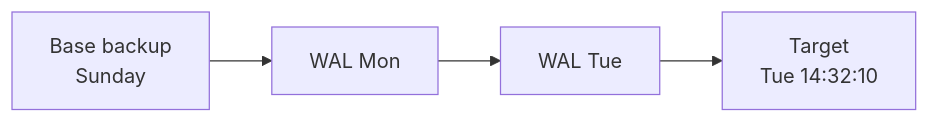
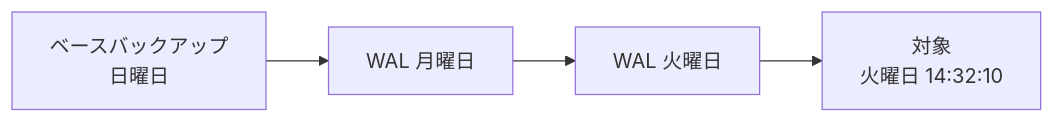
Before and after one commit to hirunebot/database-systems-book: the sixth of 6 diagrams in src/content/docs/04-transactions/12-wal-recovery.md, drawn with Mermaid. The commit also changed other lines of this file and 42 other files, not shown here.

````diff
--- a/src/content/docs/04-transactions/12-wal-recovery.md
+++ b/src/content/docs/04-transactions/12-wal-recovery.md
@@ -326,6 +326,6 @@
 ```mermaid
 flowchart LR
-    Base["Base backup<br/>Sunday"] --> W1["WAL Mon"]
-    W1 --> W2["WAL Tue"]
-    W2 --> Target["Target<br/>Tue 14:32:10"]
+    Base["ベースバックアップ<br/>日曜日"] --> W1["WAL 月曜日"]
+    W1 --> W2["WAL 火曜日"]
+    W2 --> Target["対象<br/>火曜日 14:32:10"]
 ```
````
